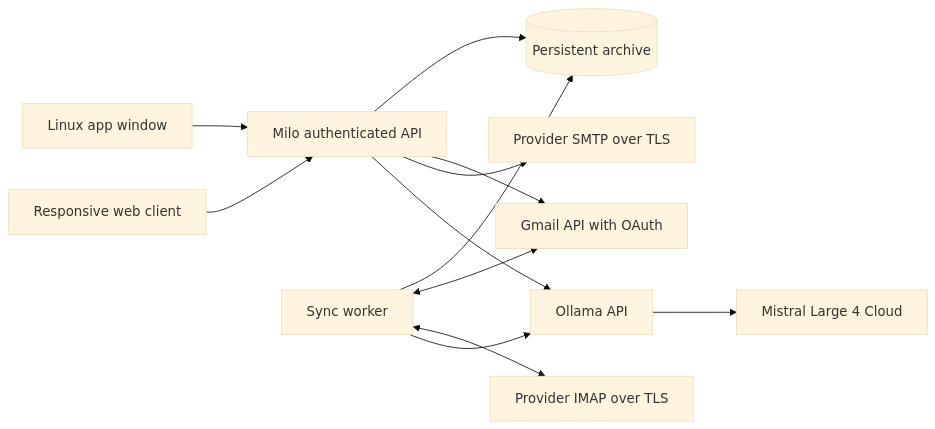
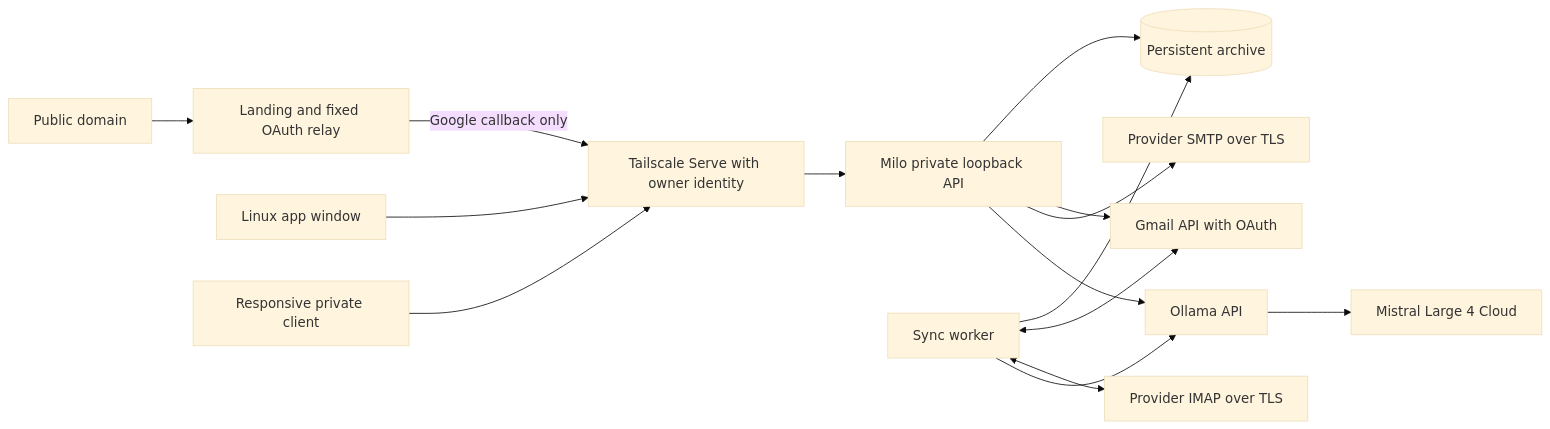
One commit to turinglabsorg/milo changed the diagram in docs/ARCHITECTURE.md. Above: the diagram before and after it, drawn with Mermaid (base theme). The commit also changed other lines of this file and 3 other files, not shown here.

Commit message:
Document verified public isolation and pending private HTTPS activation

````diff
--- a/docs/ARCHITECTURE.md
+++ b/docs/ARCHITECTURE.md
@@ -12,14 +12,17 @@
 ```mermaid
 flowchart LR
-    Linux[Linux app window] --> API[Milo authenticated API]
-    Mobile[Responsive web client] --> API
+    Internet[Public domain] --> Landing[Landing and fixed OAuth relay]
+    Linux[Linux app window] --> Tail[Tailscale Serve with owner identity]
+    Mobile[Responsive private client] --> Tail
+    Tail --> API[Milo private loopback API]
+    Landing -->|Google callback only| Tail
     API --> SQLite[(Persistent archive)]
     Worker[Sync worker] --> SQLite
     Worker <--> Gmail[Gmail API with OAuth]
     API --> Gmail
     Worker <--> IMAP[Provider IMAP over TLS]
     API --> SMTP[Provider SMTP over TLS]
     API --> Ollama[Ollama API]
     Worker --> Ollama
     Ollama --> Mistral[Mistral Large 4 Cloud]
 ```
````
